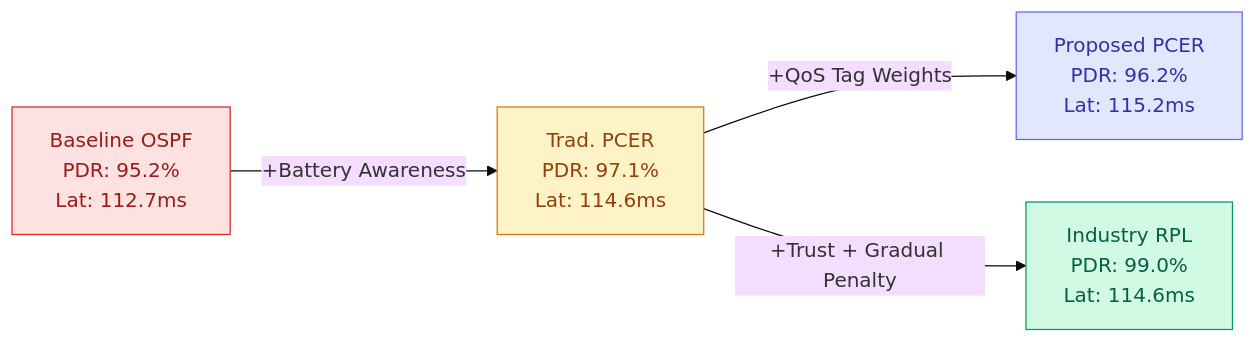
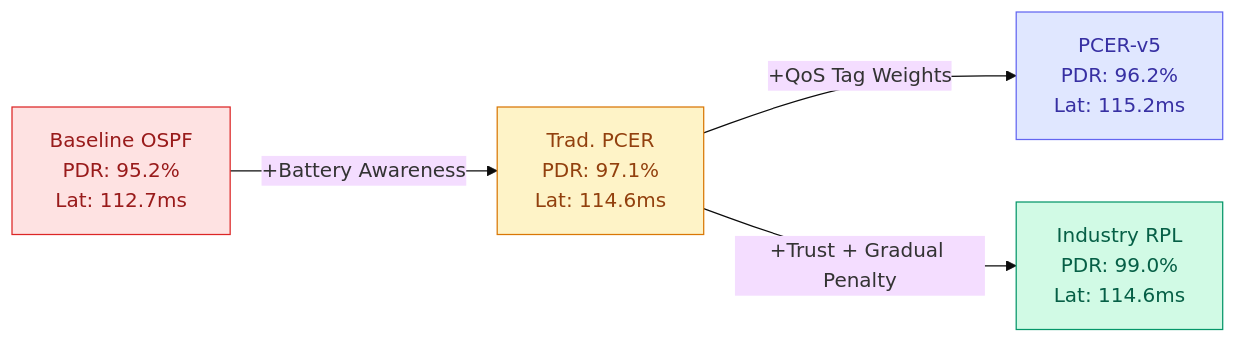
The diagram in simulation_report.md (HamzaDevv/Dynamic_routing_in_blockChain), drawn with Mermaid (base theme) before and after one commit. The commit also changed other lines of this file and 10 other files, not shown here.

````diff
--- a/simulation_report.md
+++ b/simulation_report.md
@@ -179,11 +179,11 @@
 ```mermaid
 graph LR
     A["Baseline OSPF<br/>PDR: 95.2%<br/>Lat: 112.7ms"] -->|"+Battery Awareness"| B["Trad. PCER<br/>PDR: 97.1%<br/>Lat: 114.6ms"]
-    B -->|"+QoS Tag Weights"| C["Proposed PCER<br/>PDR: 96.2%<br/>Lat: 115.2ms"]
+    B -->|"+QoS Tag Weights"| C["PCER-v5<br/>PDR: 96.2%<br/>Lat: 115.2ms"]
     B -->|"+Trust + Gradual Penalty"| D["Industry RPL<br/>PDR: 99.0%<br/>Lat: 114.6ms"]
     
     style A fill:#fee2e2,stroke:#dc2626,color:#991b1b
     style B fill:#fef3c7,stroke:#d97706,color:#92400e
     style C fill:#e0e7ff,stroke:#6366f1,color:#3730a3
     style D fill:#d1fae5,stroke:#059669,color:#065f46
 ```
````
